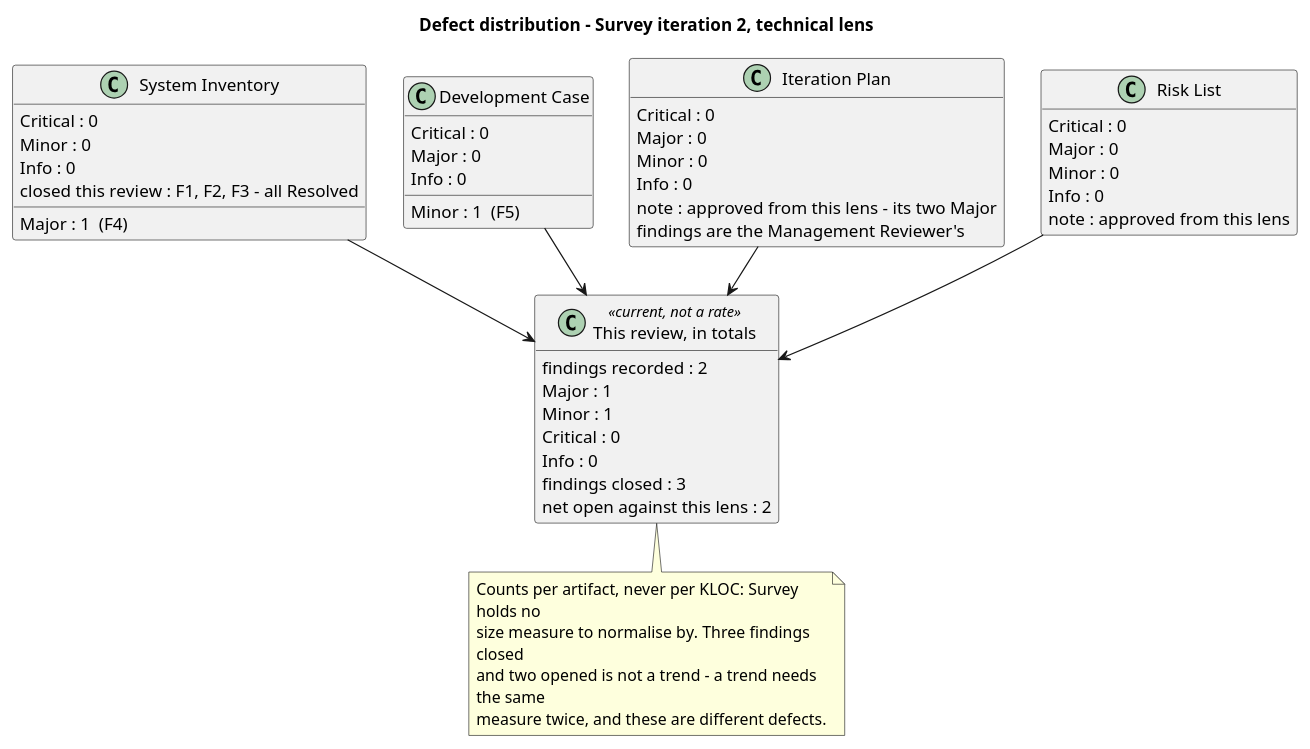
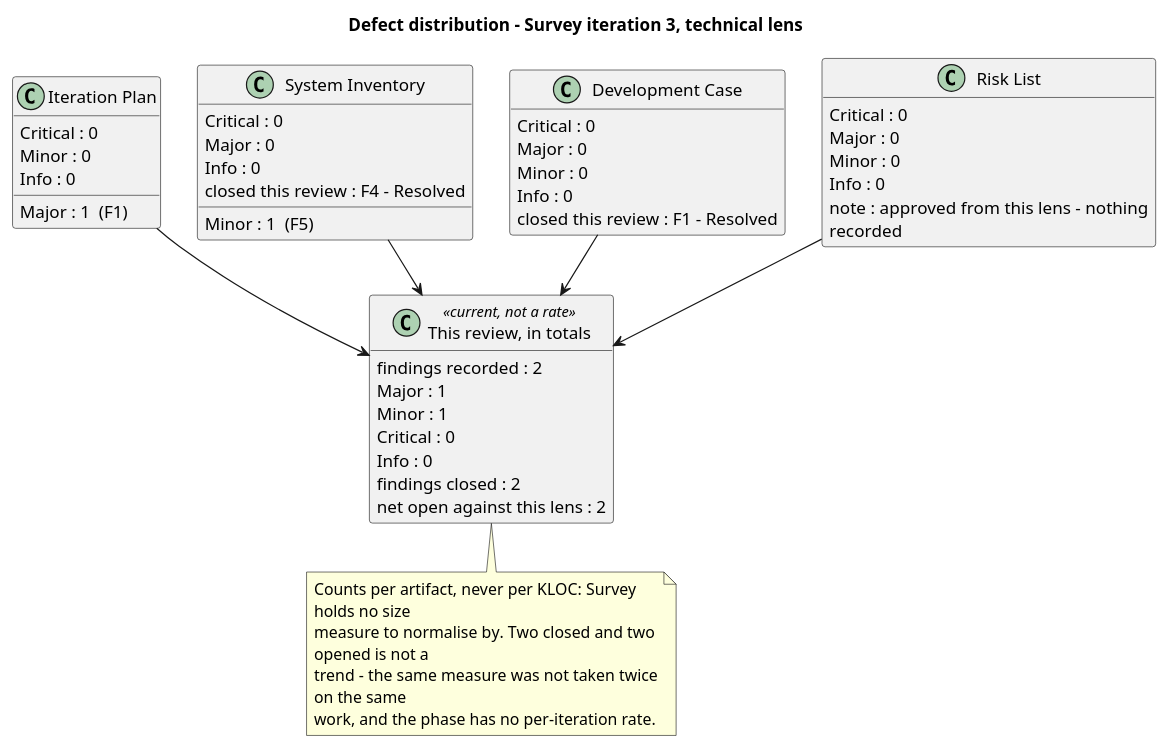
Before and after one commit to banense-test/dapr: the sixth of 12 diagrams in docs/artifacts/project-management/review-record.md, drawn with PlantUML. The commit also changed other lines of this file, not shown here.

First line of the commit message:
Reviewer [Survey3]: upsert Review Record

````diff
--- a/docs/artifacts/project-management/review-record.md
+++ b/docs/artifacts/project-management/review-record.md
@@ -700,64 +698,63 @@
 ```plantuml
 @startuml
-title Defect distribution - Survey iteration 2, technical lens
+title Defect distribution - Survey iteration 3, technical lens
 hide empty members
 skinparam classAttributeIconSize 0
 skinparam wrapWidth 300
 skinparam nodesep 30
 skinparam ranksep 40
 
+class "Iteration Plan" as IP {
+  Critical : 0
+  Major : 1  (F1)
+  Minor : 0
+  Info : 0
+}
+
 class "System Inventory" as SI {
   Critical : 0
-  Major : 1  (F4)
-  Minor : 0
+  Major : 0
+  Minor : 1  (F5)
   Info : 0
-  closed this review : F1, F2, F3 - all Resolved
+  closed this review : F4 - Resolved
 }
 
 class "Development Case" as DC {
   Critical : 0
   Major : 0
-  Minor : 1  (F5)
-  Info : 0
-}
-
-class "Iteration Plan" as IP {
-  Critical : 0
-  Major : 0
   Minor : 0
   Info : 0
-  note : approved from this lens - its two Major
-         findings are the Management Reviewer's
+  closed this review : F1 - Resolved
 }
 
 class "Risk List" as RL {
   Critical : 0
   Major : 0
   Minor : 0
   Info : 0
-  note : approved from this lens
+  note : approved from this lens - nothing recorded
 }
 
 class "This review, in totals" as TOT <<current, not a rate>> {
   findings recorded : 2
   Major : 1
   Minor : 1
   Critical : 0
   Info : 0
-  findings closed : 3
+  findings closed : 2
   net open against this lens : 2
 }
 
+IP --> TOT
 SI --> TOT
 DC --> TOT
-IP --> TOT
 RL --> TOT
 
 note bottom of TOT
-  Counts per artifact, never per KLOC: Survey holds no
-  size measure to normalise by. Three findings closed
-  and two opened is not a trend - a trend needs the same
-  measure twice, and these are different defects.
+  Counts per artifact, never per KLOC: Survey holds no size
+  measure to normalise by. Two closed and two opened is not a
+  trend - the same measure was not taken twice on the same
+  work, and the phase has no per-iteration rate.
 end note
 @enduml
 ```
````
